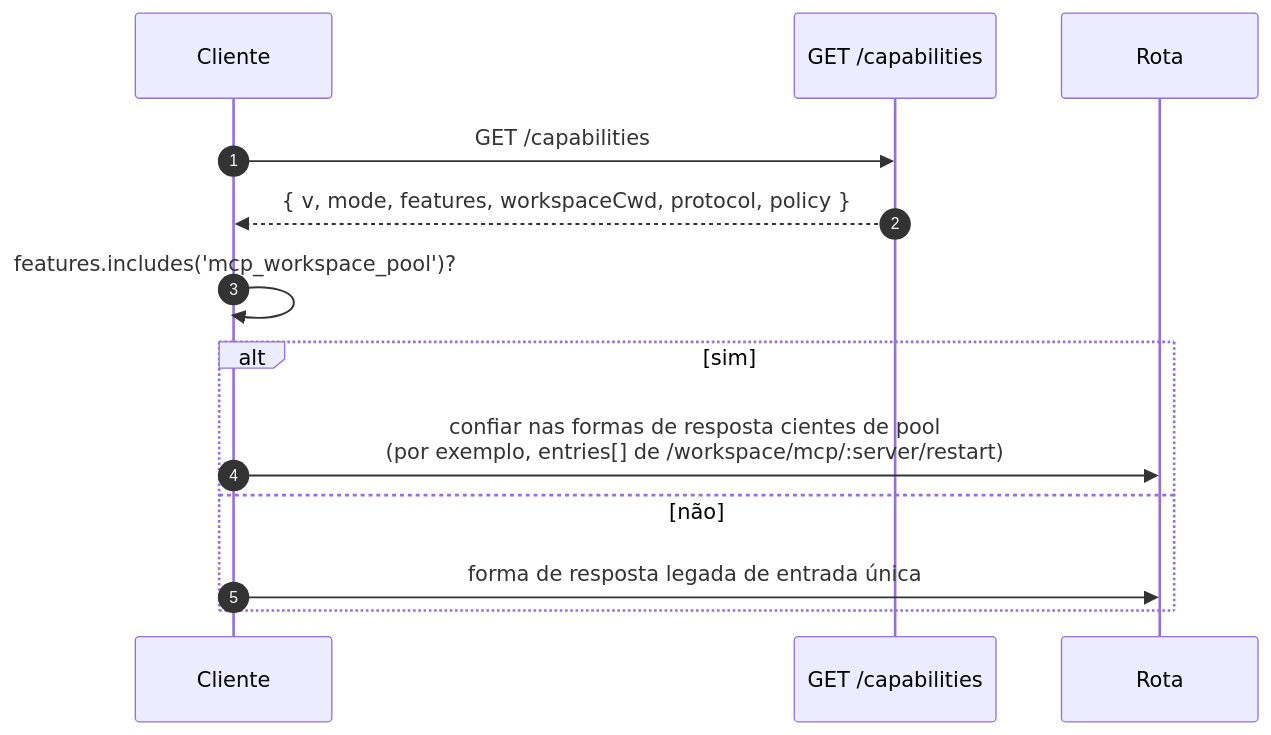
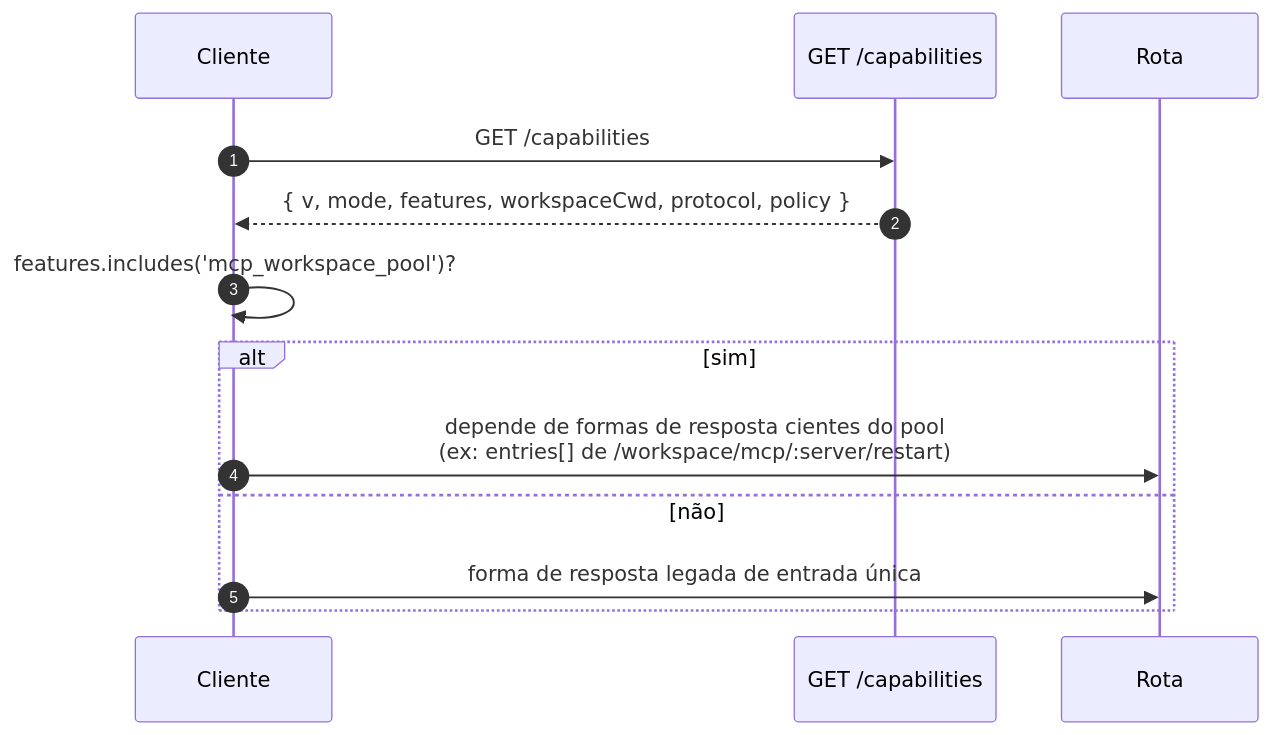
The second of 2 diagrams in website/content/pt-BR/developers/daemon/11-capabilities-versioning.md (QwenLM/qwen-code-docs), drawn with Mermaid before and after one commit. The commit also changed other lines of this file and 1077 other files, not shown here.

````diff
--- a/website/content/pt-BR/developers/daemon/11-capabilities-versioning.md
+++ b/website/content/pt-BR/developers/daemon/11-capabilities-versioning.md
@@ -131,16 +132,16 @@
 ```mermaid
 sequenceDiagram
     autonumber
     participant C as Cliente
     participant D as GET /capabilities
     participant R as Rota
 
     C->>D: GET /capabilities
     D-->>C: { v, mode, features, workspaceCwd, protocol, policy }
     C->>C: features.includes('mcp_workspace_pool')?
     alt sim
-        C->>R: confiar nas formas de resposta cientes de pool<br/>(por exemplo, entries[] de /workspace/mcp/:server/restart)
+        C->>R: depende de formas de resposta cientes do pool<br/>(ex: entries[] de /workspace/mcp/:server/restart)
     else não
         C->>R: forma de resposta legada de entrada única
     end
 ```
````
